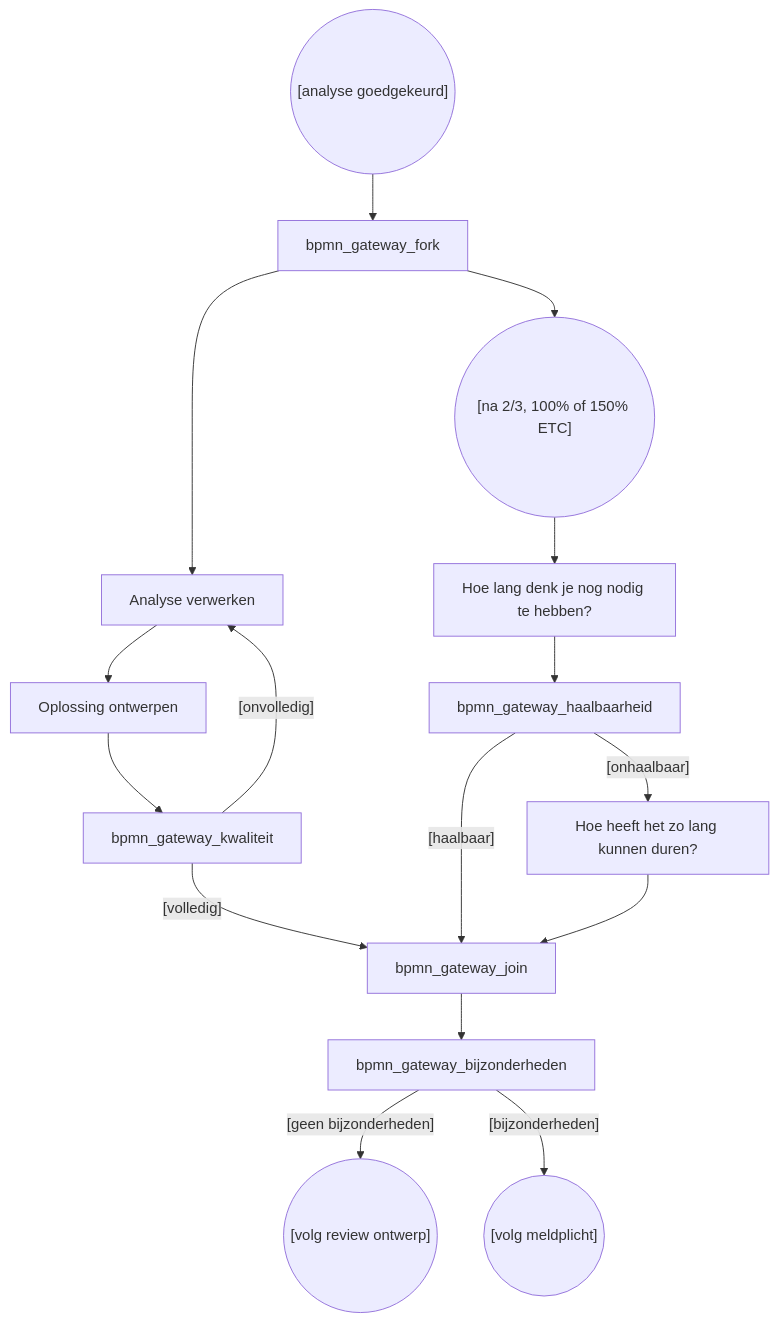
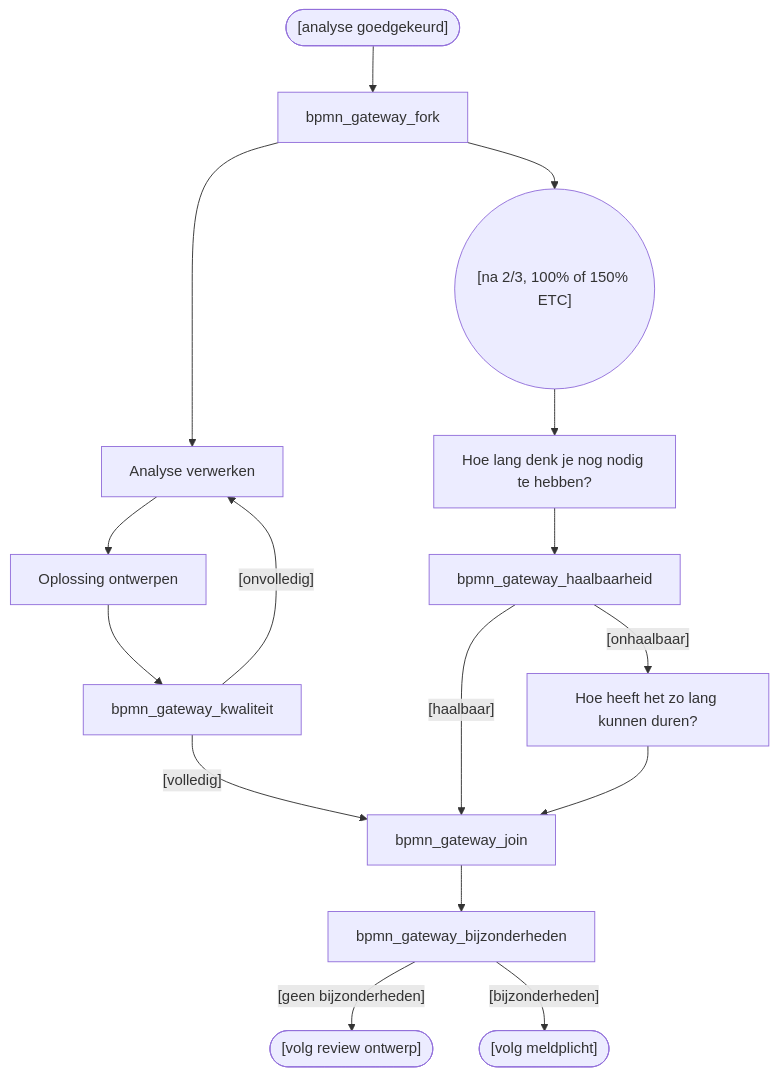
One commit to Zaibatsu89/IssueTracker changed the diagram in 5 Issue Tracker ontwerp.mermaid. Above: the diagram before and after it, drawn with Mermaid. The commit also changed 12 other files, not shown here.

Commit message:
Added support for both BPMN and standard flowchart shapes

```diff
--- a/5 Issue Tracker ontwerp.mermaid
+++ b/5 Issue Tracker ontwerp.mermaid
@@ -1,24 +1,24 @@
-graph TD
-    bpmn_start_event(("[analyse goedgekeurd]"))
+flowchart TD
+    bpmn_start_event(["[analyse goedgekeurd]"])
     bpmn_task_intake["Analyse verwerken"]
     bpmn_task_oplossing["Oplossing ontwerpen"]
     bpmn_event_etc(("[na 2/3, 100% of 150% ETC]"))
     bpmn_task_inschatting["Hoe lang denk je nog nodig te hebben?"]
     bpmn_task_verantwoording["Hoe heeft het zo lang kunnen duren?"]
-    bpmn_end_regulier(("[volg review ontwerp]"))
-    bpmn_end_bijzonderheden(("[volg meldplicht]"))
+    bpmn_end_regulier(["[volg review ontwerp]"])
+    bpmn_end_bijzonderheden(["[volg meldplicht]"])
     bpmn_gateway_kwaliteit -->|"[onvolledig]"| bpmn_task_intake
     bpmn_gateway_kwaliteit -->|"[volledig]"| bpmn_gateway_join
     bpmn_gateway_haalbaarheid -->|"[haalbaar]"| bpmn_gateway_join
     bpmn_gateway_haalbaarheid -->|"[onhaalbaar]"| bpmn_task_verantwoording
     bpmn_gateway_bijzonderheden -->|"[geen bijzonderheden]"| bpmn_end_regulier
     bpmn_gateway_bijzonderheden -->|"[bijzonderheden]"| bpmn_end_bijzonderheden
     bpmn_start_event --> bpmn_gateway_fork
     bpmn_gateway_fork --> bpmn_task_intake
     bpmn_gateway_fork --> bpmn_event_etc
     bpmn_task_intake --> bpmn_task_oplossing
     bpmn_task_oplossing --> bpmn_gateway_kwaliteit
     bpmn_event_etc --> bpmn_task_inschatting
     bpmn_task_inschatting --> bpmn_gateway_haalbaarheid
     bpmn_task_verantwoording --> bpmn_gateway_join
     bpmn_gateway_join --> bpmn_gateway_bijzonderheden
```
